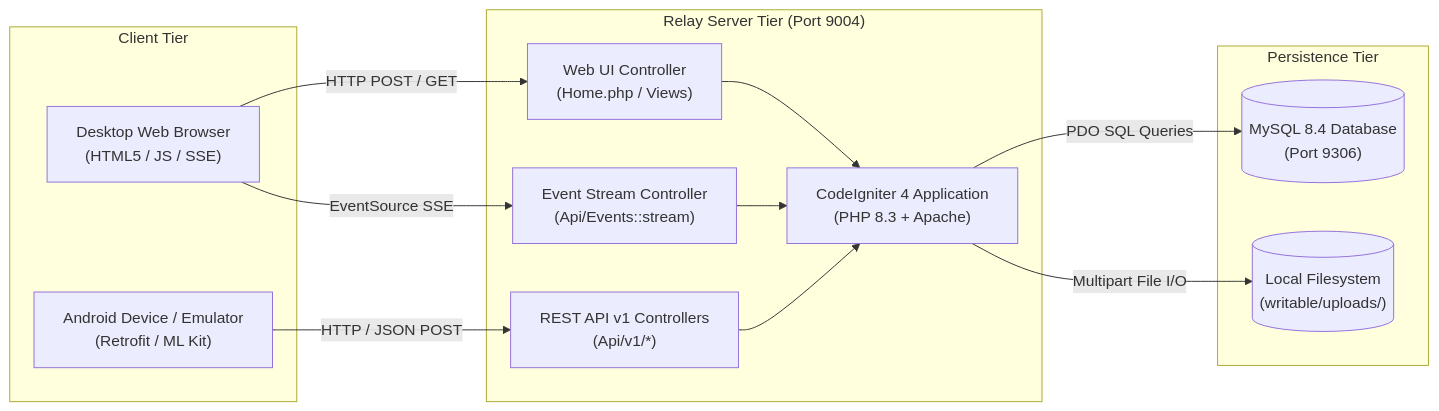
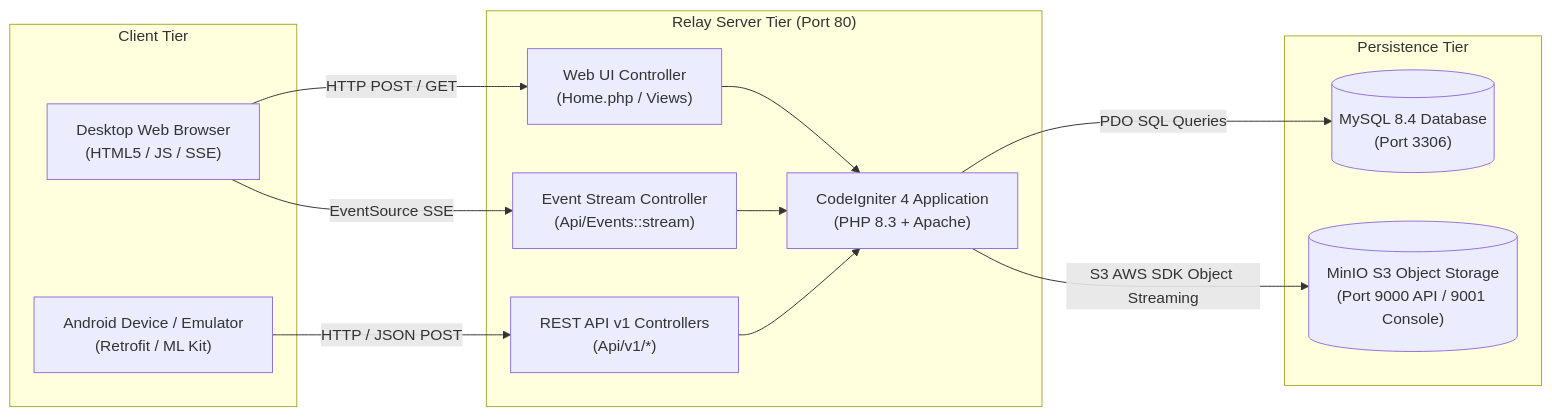
One commit to Niccher/PC-to-Phone-Copier-WebApp changed the first of 2 diagrams in docs/architecture/overview.md. Above: the diagram before and after it, drawn with Mermaid. The commit also changed other lines of this file and 25 other files, not shown here.

````diff
--- a/docs/architecture/overview.md
+++ b/docs/architecture/overview.md
@@ -11,28 +11,28 @@
 ```mermaid
 flowchart LR
     subgraph Clients["Client Tier"]
         Browser["Desktop Web Browser\n(HTML5 / JS / SSE)"]
         Android["Android Device / Emulator\n(Retrofit / ML Kit)"]
     end
 
-    subgraph Backend["Relay Server Tier (Port 9004)"]
+    subgraph Backend["Relay Server Tier (Port 80)"]
         CI4["CodeIgniter 4 Application\n(PHP 8.3 + Apache)"]
         WebUI["Web UI Controller\n(Home.php / Views)"]
         API["REST API v1 Controllers\n(Api/v1/*)"]
         SSE["Event Stream Controller\n(Api/Events::stream)"]
     end
 
     subgraph Storage["Persistence Tier"]
-        DB[("MySQL 8.4 Database\n(Port 9306)")]
-        Disk[("Local Filesystem\n(writable/uploads/)")]
+        DB[("MySQL 8.4 Database\n(Port 3306)")]
+        S3[("MinIO S3 Object Storage\n(Port 9000 API / 9001 Console)")]
     end
 
     Browser -->|HTTP POST / GET| WebUI
     Browser -->|EventSource SSE| SSE
     Android -->|HTTP / JSON POST| API
     WebUI --> CI4
     API --> CI4
     SSE --> CI4
     CI4 -->|PDO SQL Queries| DB
-    CI4 -->|Multipart File I/O| Disk
+    CI4 -->|S3 AWS SDK Object Streaming| S3
 ```
````
